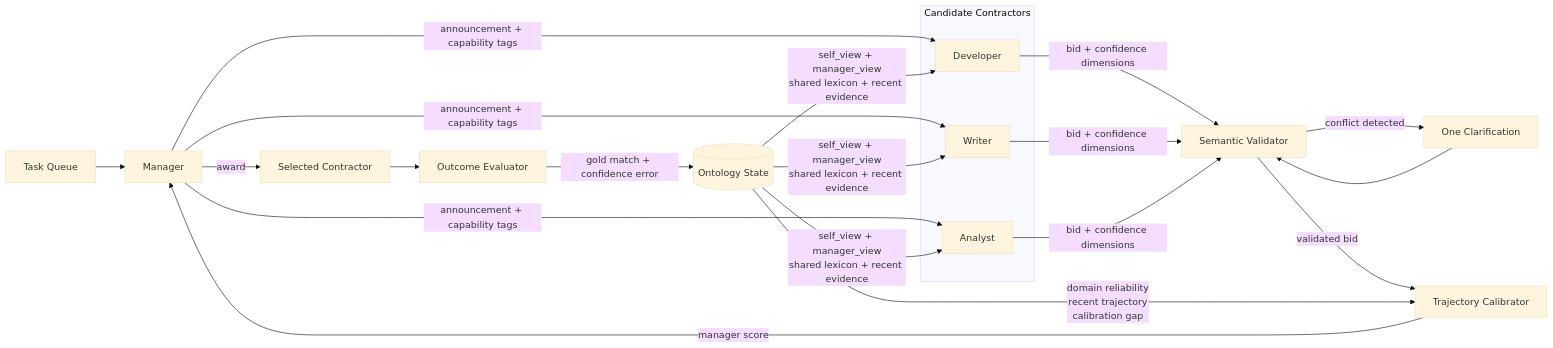
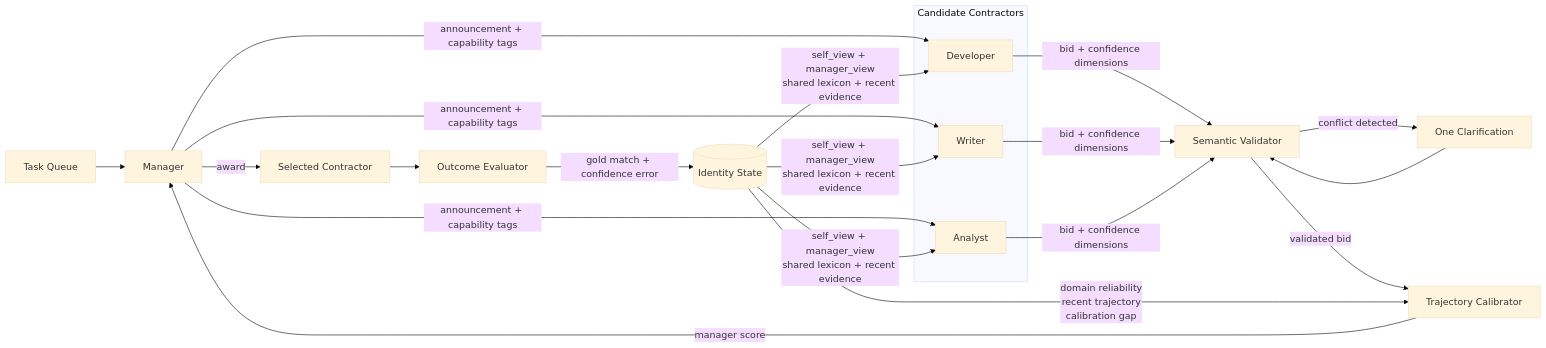
One commit to Q00/ai-agent-engineering-101 changed the first of 2 diagrams in submissions/26510122/week-03/README.md. Above: the diagram before and after it, drawn with Mermaid (base theme). The commit also changed other lines of this file and 6 other files, not shown here.

````diff
--- a/submissions/26510122/week-03/README.md
+++ b/submissions/26510122/week-03/README.md
@@ -31,33 +31,33 @@
 ```mermaid
 flowchart LR
     TQ[Task Queue] --> M[Manager]
 
     subgraph C[Candidate Contractors]
         D[Developer]
         W[Writer]
         A[Analyst]
     end
 
     M -->|announcement + capability tags| D
     M -->|announcement + capability tags| W
     M -->|announcement + capability tags| A
 
-    O[(Ontology State)] -->|self_view + manager_view<br/>shared lexicon + recent evidence| D
+    O[(Identity State)] -->|self_view + manager_view<br/>shared lexicon + recent evidence| D
     O -->|self_view + manager_view<br/>shared lexicon + recent evidence| W
     O -->|self_view + manager_view<br/>shared lexicon + recent evidence| A
 
     D -->|bid + confidence dimensions| V[Semantic Validator]
     W -->|bid + confidence dimensions| V
     A -->|bid + confidence dimensions| V
 
     V -->|conflict detected| R[One Clarification]
     R --> V
     V -->|validated bid| TC[Trajectory Calibrator]
 
     O -->|domain reliability<br/>recent trajectory<br/>calibration gap| TC
     TC -->|manager score| M
 
     M -->|award| SC[Selected Contractor]
     SC --> E[Outcome Evaluator]
     E -->|gold match + confidence error| O
 ```
````
